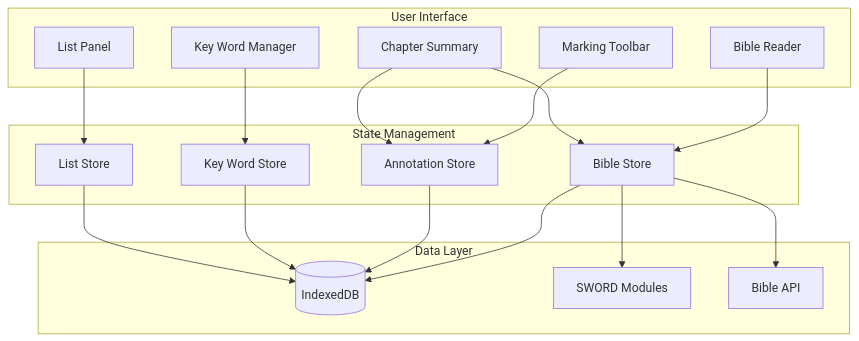
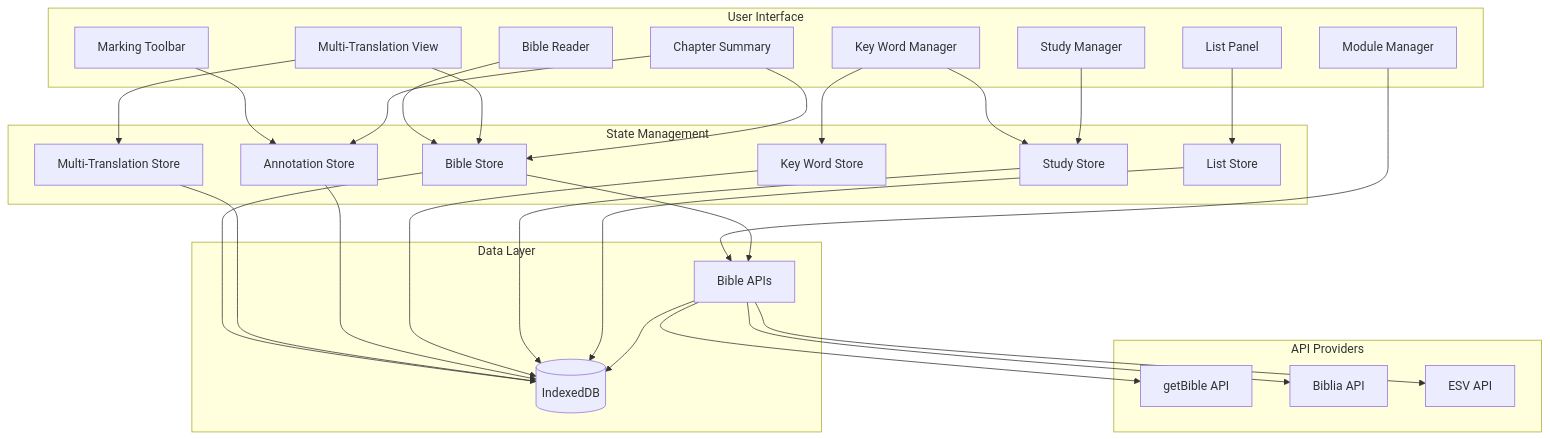
The diagram in .cursor/plans/bible_study_app_roadmap_9b6b0525.plan.md (spearssoftware/BibleMarker), drawn with Mermaid before and after one commit. The commit also changed other lines of this file and 5 other files, not shown here.

First line of the commit message:
Implement ESV API compliance and add Phase 3 roadmap features

````diff
--- a/.cursor/plans/bible_study_app_roadmap_9b6b0525.plan.md
+++ b/.cursor/plans/bible_study_app_roadmap_9b6b0525.plan.md
@@ -284,38 +473,58 @@
 ```mermaid
 flowchart TB
     subgraph UI [User Interface]
         BibleReader[Bible Reader]
+        MultiTranslation[Multi-Translation View]
         Toolbar[Marking Toolbar]
         KeyWordMgr[Key Word Manager]
+        StudyMgr[Study Manager]
         ListPanel[List Panel]
         Summary[Chapter Summary]
+        ModuleMgr[Module Manager]
     end
     
     subgraph State [State Management]
         BibleStore[Bible Store]
+        MultiTranslationStore[Multi-Translation Store]
         AnnotationStore[Annotation Store]
         KeyWordStore[Key Word Store]
+        StudyStore[Study Store]
         ListStore[List Store]
     end
     
     subgraph Data [Data Layer]
         IndexedDB[(IndexedDB)]
-        SWORD[SWORD Modules]
-        BibleAPI[Bible API]
+        BibleAPI[Bible APIs]
+    end
+    
+    subgraph APIs [API Providers]
+        GetBible[getBible API]
+        Biblia[Biblia API]
+        ESV[ESV API]
     end
     
     BibleReader --> BibleStore
+    MultiTranslation --> BibleStore
+    MultiTranslation --> MultiTranslationStore
     Toolbar --> AnnotationStore
     KeyWordMgr --> KeyWordStore
+    KeyWordMgr --> StudyStore
+    StudyMgr --> StudyStore
     ListPanel --> ListStore
     Summary --> BibleStore
     Summary --> AnnotationStore
+    ModuleMgr --> BibleAPI
     
     BibleStore --> IndexedDB
+    MultiTranslationStore --> IndexedDB
     AnnotationStore --> IndexedDB
     KeyWordStore --> IndexedDB
+    StudyStore --> IndexedDB
     ListStore --> IndexedDB
     
-    BibleStore --> SWORD
     BibleStore --> BibleAPI
+    BibleAPI --> GetBible
+    BibleAPI --> Biblia
+    BibleAPI --> ESV
+    BibleAPI --> IndexedDB
 ```
````
